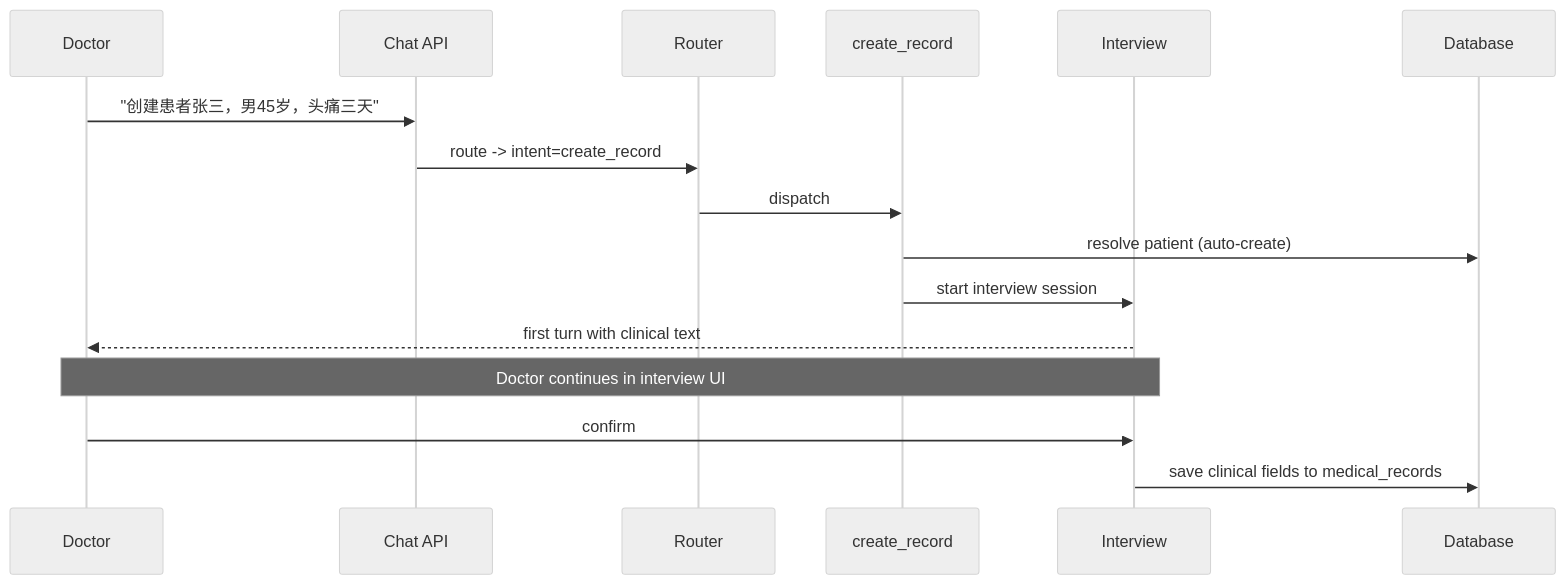
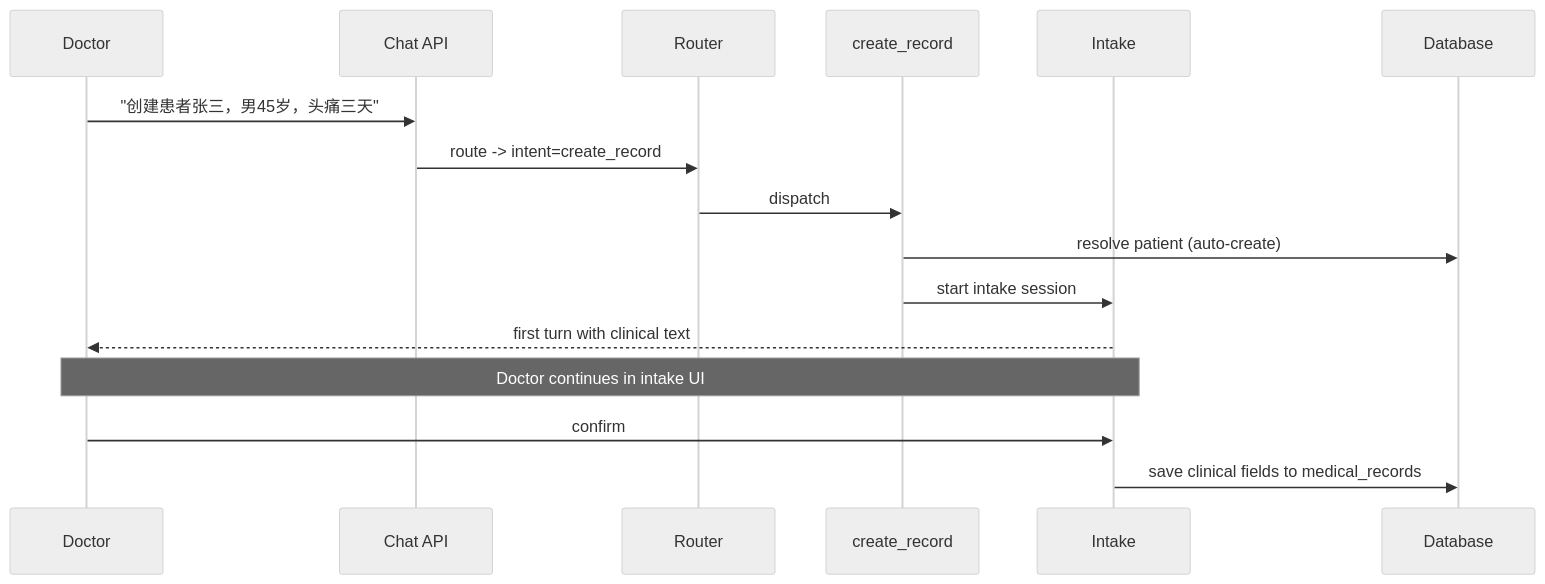
The third of 11 diagrams in docs/architecture.md (moments8890/doctor-ai-agent), drawn with Mermaid (neutral theme) before and after one commit. The commit also changed other lines of this file and 337 other files, not shown here.

````diff
--- a/docs/architecture.md
+++ b/docs/architecture.md
@@ -177,19 +177,19 @@
 ```mermaid
 sequenceDiagram
     participant D as Doctor
     participant C as Chat API
     participant R as Router
     participant H as create_record
-    participant I as Interview
+    participant I as Intake
     participant DB as Database
 
     D->>C: "创建患者张三，男45岁，头痛三天"
     C->>R: route -> intent=create_record
     R->>H: dispatch
     H->>DB: resolve patient (auto-create)
-    H->>I: start interview session
+    H->>I: start intake session
     I-->>D: first turn with clinical text
-    Note over D,I: Doctor continues in interview UI
+    Note over D,I: Doctor continues in intake UI
     D->>I: confirm
     I->>DB: save clinical fields to medical_records
 ```
````
